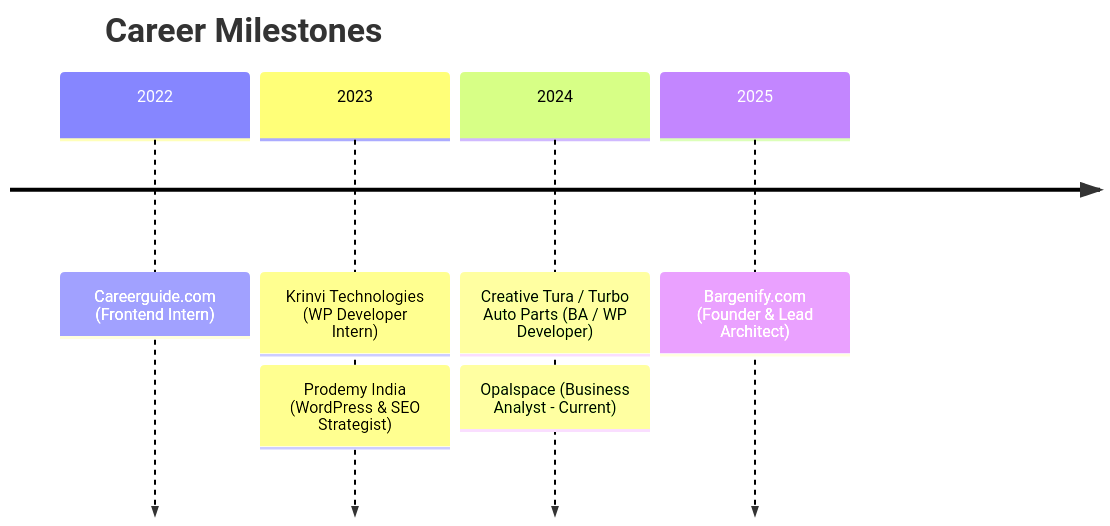
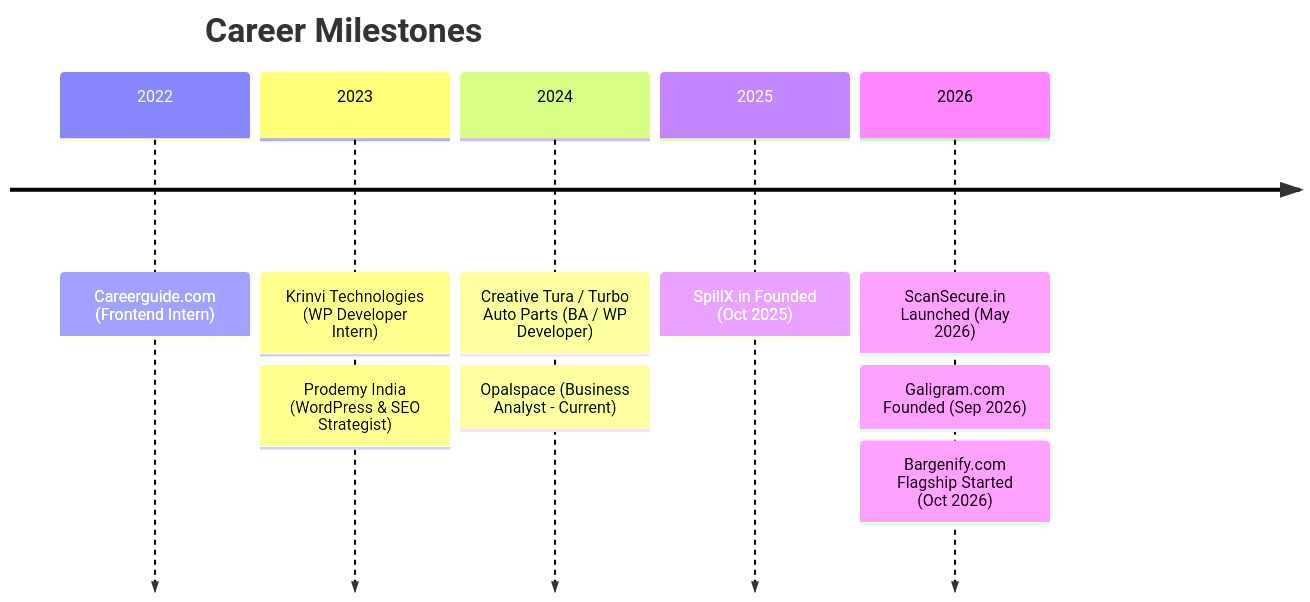
The diagram in README.md (Cyconik/Cyconik), drawn with Mermaid before and after one commit. The commit also changed other lines of this file, not shown here.

Commit message:
style: remove em-dashes, update timeline dates, set 1-line headline, and highlight open to relocate anywhere

````diff
--- a/README.md
+++ b/README.md
@@ -119,10 +119,13 @@
 ```mermaid
 timeline
     title Career Milestones
     2022 : Careerguide.com (Frontend Intern)
     2023 : Krinvi Technologies (WP Developer Intern)
          : Prodemy India (WordPress & SEO Strategist)
     2024 : Creative Tura / Turbo Auto Parts (BA / WP Developer)
          : Opalspace (Business Analyst - Current)
-    2025 : Bargenify.com (Founder & Lead Architect)
+    2025 : SpillX.in Founded (Oct 2025)
+    2026 : ScanSecure.in Launched (May 2026)
+         : Galigram.com Founded (Sep 2026)
+         : Bargenify.com Flagship Started (Oct 2026)
 ```
````
